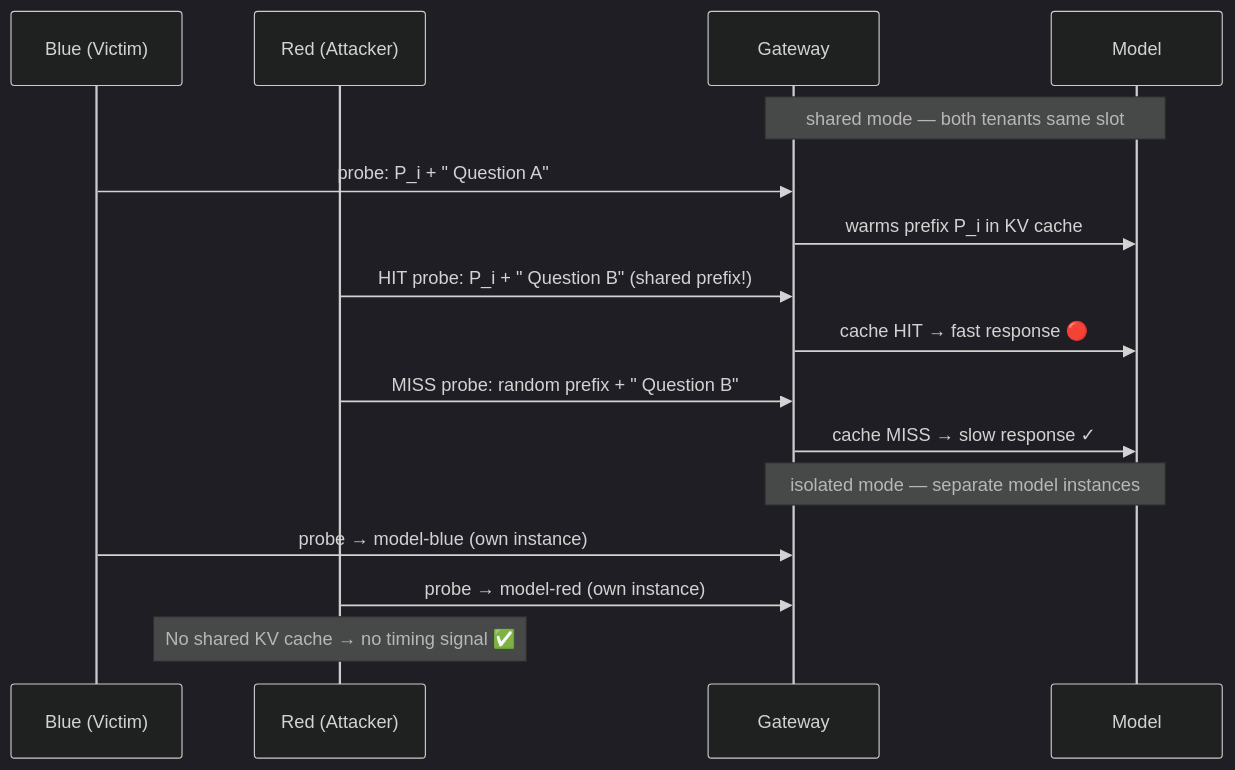
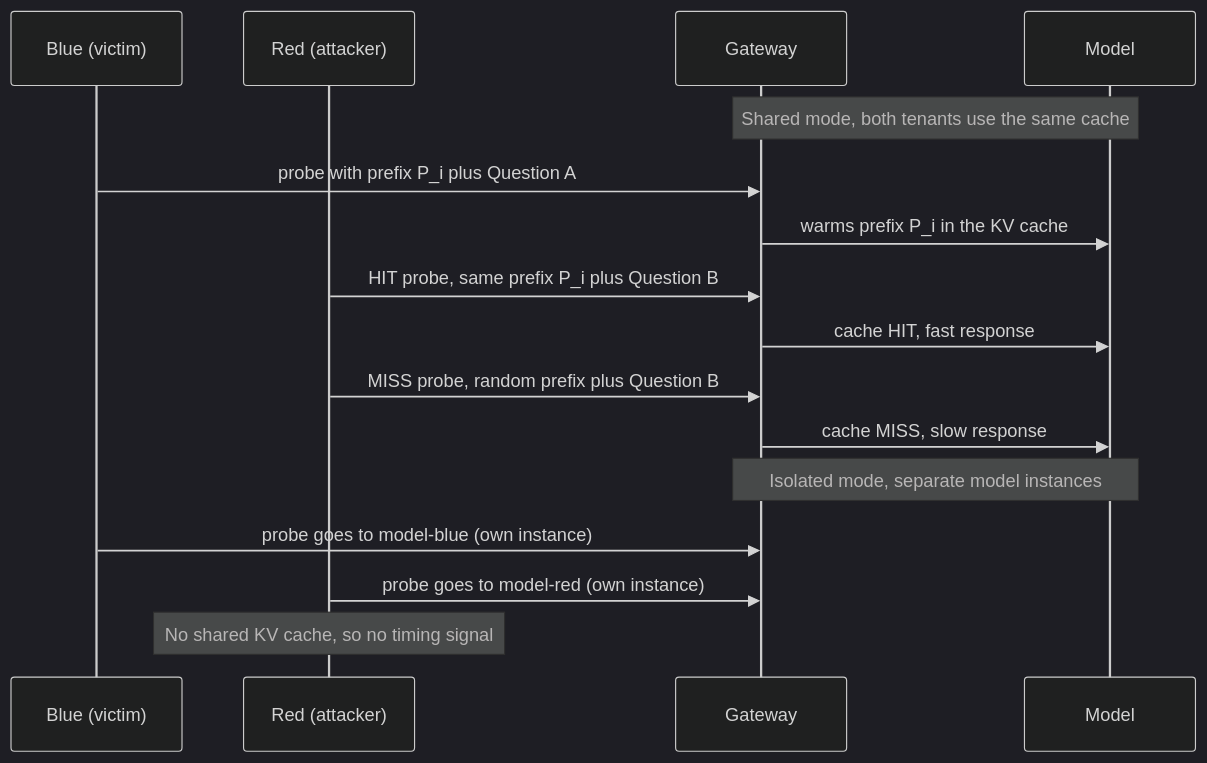
Before and after one commit to harshsingh2275/Bayora: the fifth of 6 diagrams in README.md, drawn with Mermaid (dark theme). The commit also changed other lines of this file and 2 other files, not shown here.

````diff
--- a/README.md
+++ b/README.md
@@ -192,20 +220,20 @@
 ```mermaid
 sequenceDiagram
-    participant Blue as Blue (Victim)
-    participant Red as Red (Attacker)
+    participant Blue as Blue (victim)
+    participant Red as Red (attacker)
     participant GW as Gateway
     participant M as Model
 
-    Note over GW,M: shared mode — both tenants same slot
-    Blue->>GW: probe: P_i + " Question A"
-    GW->>M: warms prefix P_i in KV cache
-    Red->>GW: HIT probe: P_i + " Question B" (shared prefix!)
-    GW->>M: cache HIT → fast response 🔴
-    Red->>GW: MISS probe: random prefix + " Question B"
-    GW->>M: cache MISS → slow response ✓
+    Note over GW,M: Shared mode, both tenants use the same cache
+    Blue->>GW: probe with prefix P_i plus Question A
+    GW->>M: warms prefix P_i in the KV cache
+    Red->>GW: HIT probe, same prefix P_i plus Question B
+    GW->>M: cache HIT, fast response
+    Red->>GW: MISS probe, random prefix plus Question B
+    GW->>M: cache MISS, slow response
 
-    Note over GW,M: isolated mode — separate model instances
-    Blue->>GW: probe → model-blue (own instance)
-    Red->>GW: probe → model-red (own instance)
-    Note over Red: No shared KV cache → no timing signal ✅
+    Note over GW,M: Isolated mode, separate model instances
+    Blue->>GW: probe goes to model-blue (own instance)
+    Red->>GW: probe goes to model-red (own instance)
+    Note over Red: No shared KV cache, so no timing signal
 ```
````
